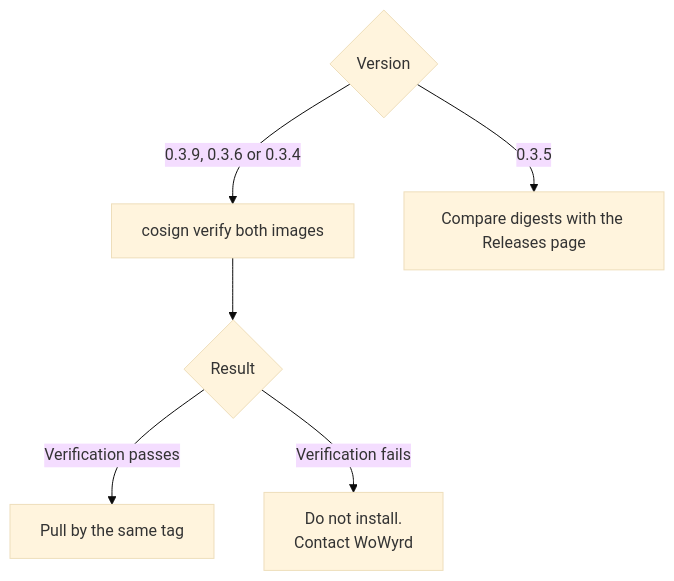
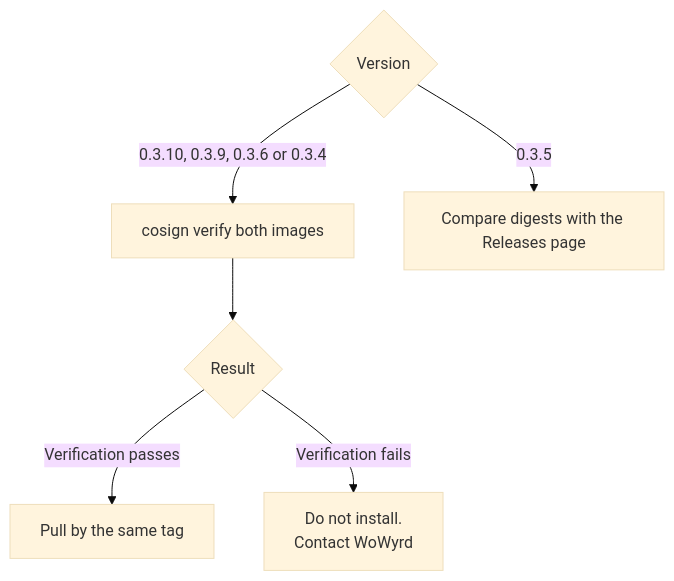
Before and after one commit to chavychaze/wowyrd-pub: the third of 4 diagrams in INSTALL.md, drawn with Mermaid (base theme). The commit also changed other lines of this file and 6 other files, not shown here.

````diff
--- a/INSTALL.md
+++ b/INSTALL.md
@@ -153,8 +156,8 @@
 ```mermaid
 flowchart TD
-    A{Version} -->|0.3.9, 0.3.6 or 0.3.4| B[cosign verify both images]
+    A{Version} -->|0.3.10, 0.3.9, 0.3.6 or 0.3.4| B[cosign verify both images]
     A -->|0.3.5| C[Compare digests with the Releases page]
     B --> D{Result}
     D -->|Verification passes| E[Pull by the same tag]
     D -->|Verification fails| F[Do not install.<br/>Contact WoWyrd]
 ```
````
